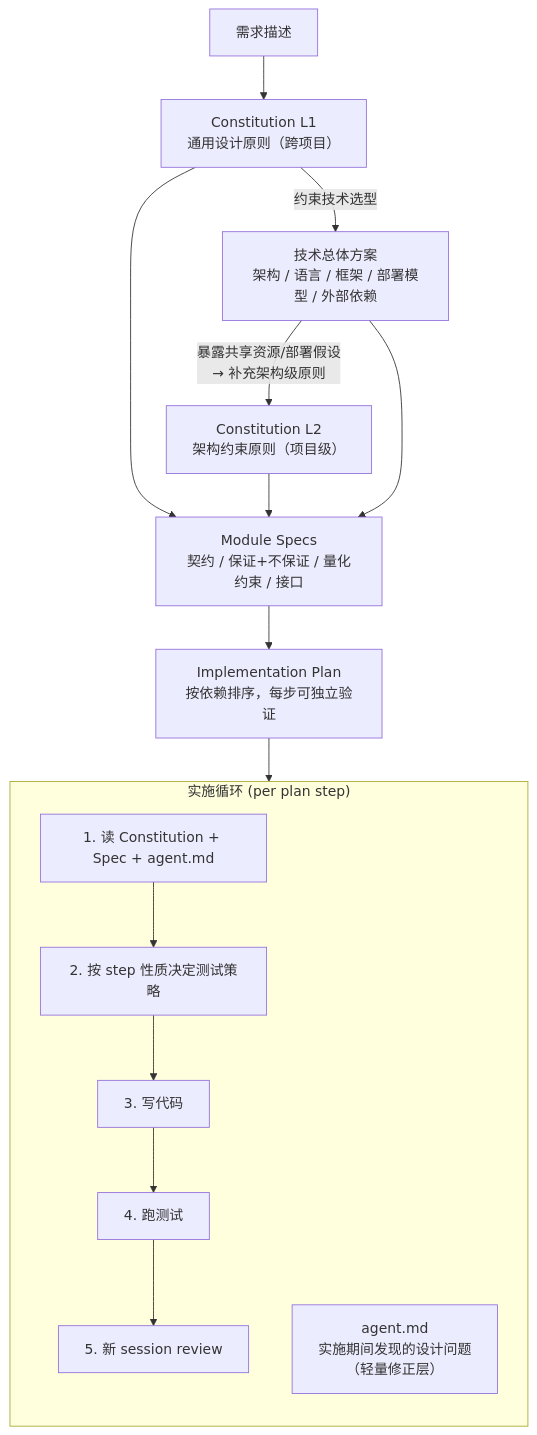
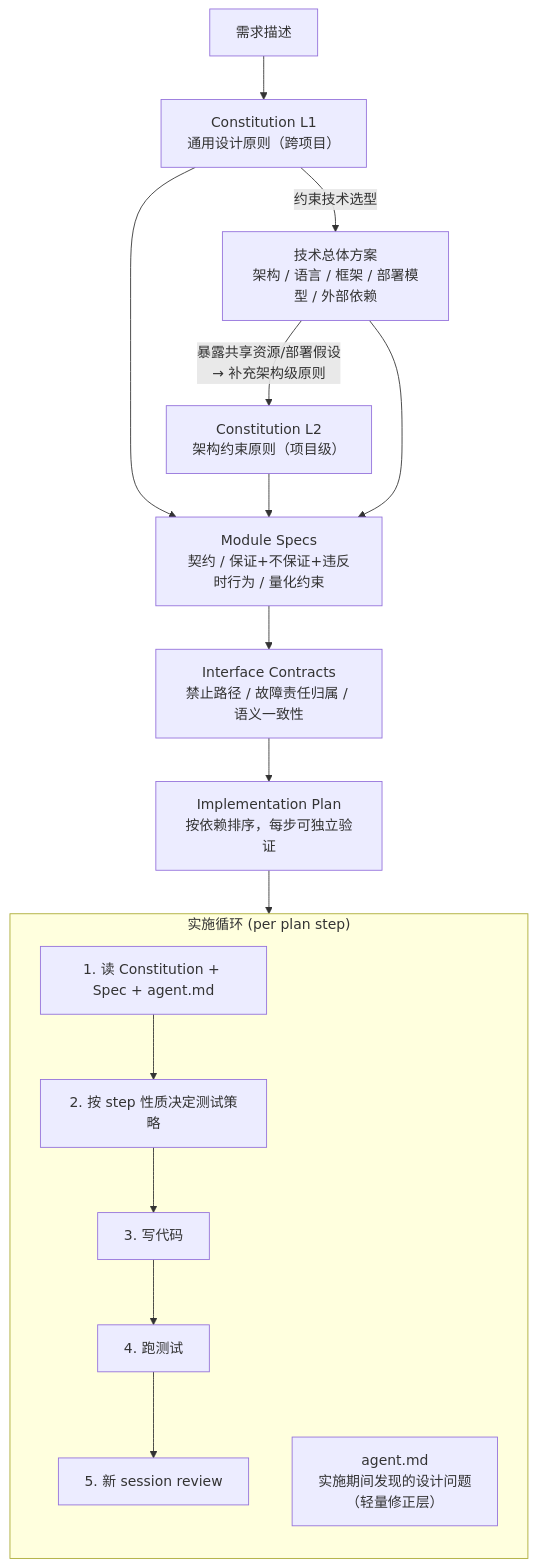
One commit to Neutrino1998/artifact-flow changed the diagram in docs/_archive/code-generation-workflow.md. Above: the diagram before and after it, drawn with Mermaid. The commit also changed other lines of this file, not shown here.

Commit message:
docs: add verification coverage, interface contracts, and violation behavior to code generation workflow

````diff
--- a/docs/_archive/code-generation-workflow.md
+++ b/docs/_archive/code-generation-workflow.md
@@ -40,28 +40,30 @@
 ```mermaid
 flowchart TD
     REQ["需求描述"]
     C1["Constitution L1\n通用设计原则（跨项目）"]
     TECH["技术总体方案\n架构 / 语言 / 框架 / 部署模型 / 外部依赖"]
     C2["Constitution L2\n架构约束原则（项目级）"]
-    SPEC["Module Specs\n契约 / 保证+不保证 / 量化约束 / 接口"]
+    SPEC["Module Specs\n契约 / 保证+不保证+违反时行为 / 量化约束"]
+    IFACE["Interface Contracts\n禁止路径 / 故障责任归属 / 语义一致性"]
     PLAN["Implementation Plan\n按依赖排序，每步可独立验证"]
 
     REQ --> C1
     C1 -->|"约束技术选型"| TECH
     TECH -->|"暴露共享资源/部署假设\n→ 补充架构级原则"| C2
     C1 & C2 --> SPEC
     TECH --> SPEC
-    SPEC --> PLAN
+    SPEC --> IFACE
+    IFACE --> PLAN
     PLAN --> LOOP
 
     subgraph LOOP["实施循环 (per plan step)"]
         direction TB
         S1["1. 读 Constitution + Spec + agent.md"]
         S2["2. 按 step 性质决定测试策略"]
         S3["3. 写代码"]
         S4["4. 跑测试"]
         S5["5. 新 session review"]
         S1 --> S2 --> S3 --> S4 --> S5
         AGENT["agent.md\n实施期间发现的设计问题\n（轻量修正层）"]
     end
 ```
````
